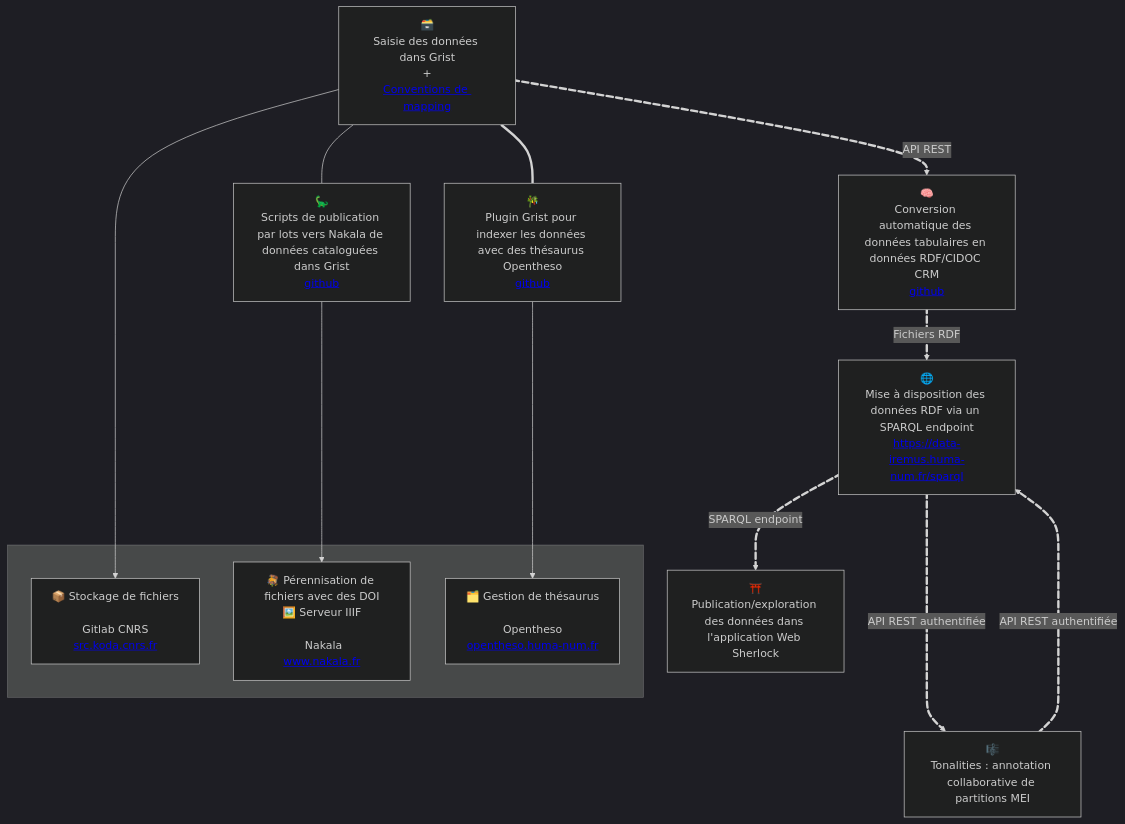
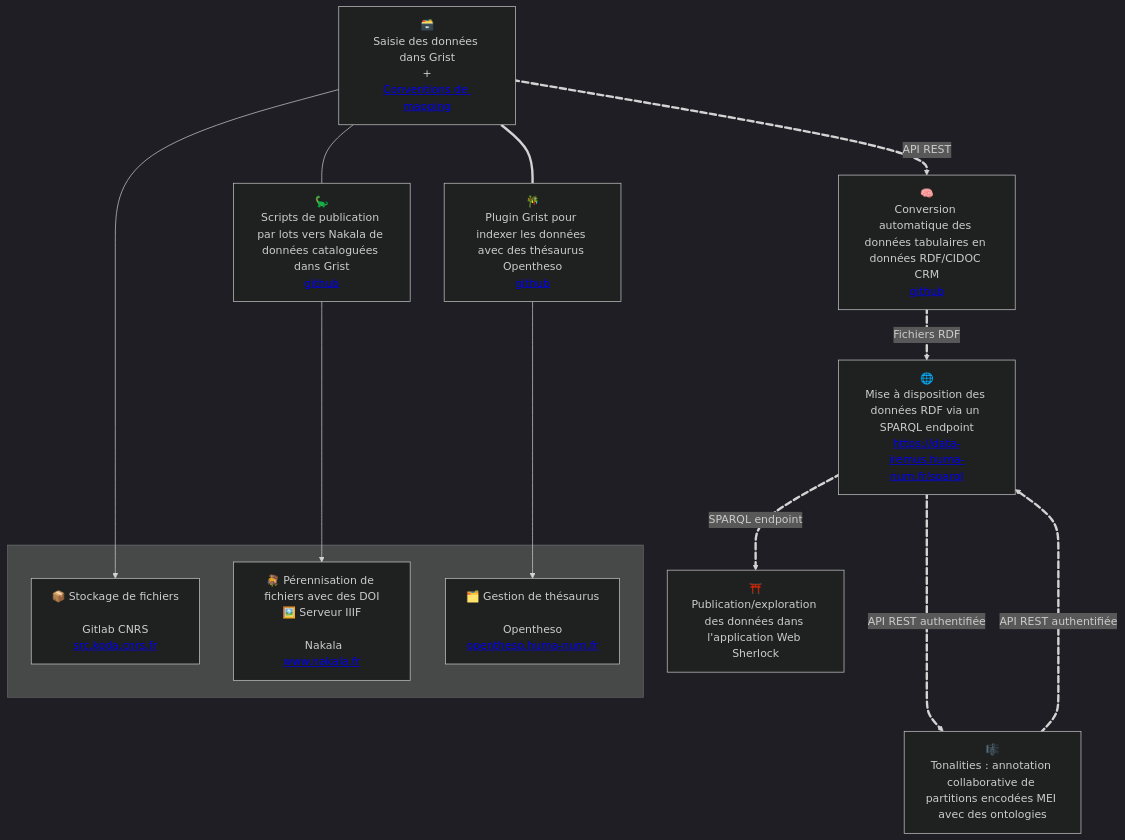
The diagram in README.md (sherlock-iremus/sherlock), drawn with Mermaid (dark theme) before and after one commit.

````diff
--- a/README.md
+++ b/README.md
@@ -48,34 +48,34 @@
 ```mermaid
     flowchart TB
     
     subgraph  
     koda[📦 Stockage de fichiers<br><br>Gitlab CNRS<br><a href="https://src.koda.cnrs.fr/">src.koda.cnrs.fr</a>]
     nakala[🪎 Pérennisation de fichiers avec des DOI<br>🖼️ Serveur IIIF<br><br> Nakala<br><a href="https://www.nakala.fr/">www.nakala.fr</a>]
     hnot[🗂️ Gestion de thésaurus<br><br>Opentheso<br><a href="https://opentheso.huma-num.fr/">opentheso.huma-num.fr</a>]
     end
     
     grist[🗃️<br>Saisie des données dans Grist<br>+<br><a href="https://github.com/sherlock-iremus/sherlock-grist-to-crm/blob/main/doc/mapping.md">Conventions de mapping</a>]
     sdnakala[🦕<br>Scripts de publication par lots vers Nakala de données cataloguées dans Grist<br><a href="https://github.com/sherlock-iremus/sherlock-deno">github</a>]
     gop[🎋<br>Plugin Grist pour indexer les données avec des thésaurus Opentheso<br><a href="https://github.com/sherlock-iremus/sherlock-grist-opentheso-plugin">github</a>]
     scripts[🧠<br>Conversion automatique des données tabulaires en données RDF/CIDOC CRM<br><a href="https://github.com/sherlock-iremus/sherlock-grist-to-crm">github</a>]
     sparql[🌐<br>Mise à disposition des données RDF via un SPARQL endpoint<br><a href="https://data-iremus.huma-num.fr/sparql">https://data-iremus.huma-num.fr/sparql</a>]
     sherlock[⛩️<br>Publication/exploration des données dans l'application Web Sherlock]
-    tonalities[🎼<br>Tonalities : annotation collaborative de partitions MEI]
+    tonalities[🎼<br>Tonalities : annotation collaborative de partitions encodées MEI avec des ontologies]
 
     grist e1@==>|API REST| scripts
     scripts e2@==>|Fichiers RDF| sparql
     sparql e3@==>|SPARQL endpoint| sherlock
     sparql e4@===>|API REST authentifiée| tonalities 
     tonalities e5@===>|API REST authentifiée| sparql
 
 
     e1@{ animate: true }
     e2@{ animate: true }
     e3@{ animate: true }
     e4@{ animate: true }
     e5@{ animate: true }
     
     grist ---> koda
     grist === gop ---> hnot
     grist --- sdnakala ---> nakala
 ```
````
